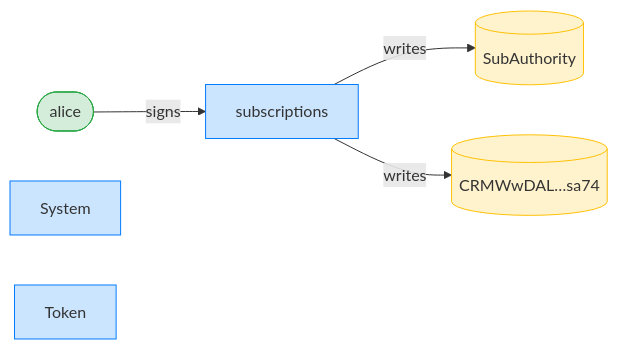
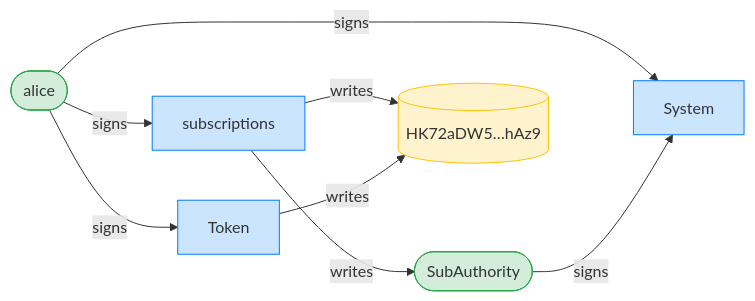
Before and after one commit to cds-rs/subscriptions: the third of 8 diagrams in dsl_tests/a-non-delegator-cannot-revoke.md, drawn with Mermaid. The commit also changed other lines of this file and 224 other files, not shown here.

````diff
--- a/dsl_tests/a-non-delegator-cannot-revoke.md
+++ b/dsl_tests/a-non-delegator-cannot-revoke.md
@@ -53,15 +54,19 @@
 ```mermaid
 flowchart LR
     classDef signer fill:#d4edda,stroke:#28a745;
     classDef program fill:#cce5ff,stroke:#007bff;
     classDef writable fill:#fff3cd,stroke:#ffc107;
     subscriptions[subscriptions]:::program
     alice([alice]):::signer
-    SubAuthority[(SubAuthority)]:::writable
-    CRMWwDAL_sa74[("CRMWwDAL…sa74")]:::writable
+    SubAuthority([SubAuthority]):::signer
+    HK72aDW5_hAz9[("HK72aDW5…hAz9")]:::writable
     System[System]:::program
     Token[Token]:::program
     alice -->|signs| subscriptions
+    alice -->|signs| System
+    SubAuthority -->|signs| System
+    alice -->|signs| Token
     subscriptions -->|writes| SubAuthority
-    subscriptions -->|writes| CRMWwDAL_sa74
+    subscriptions -->|writes| HK72aDW5_hAz9
+    Token -->|writes| HK72aDW5_hAz9
 ```
````
